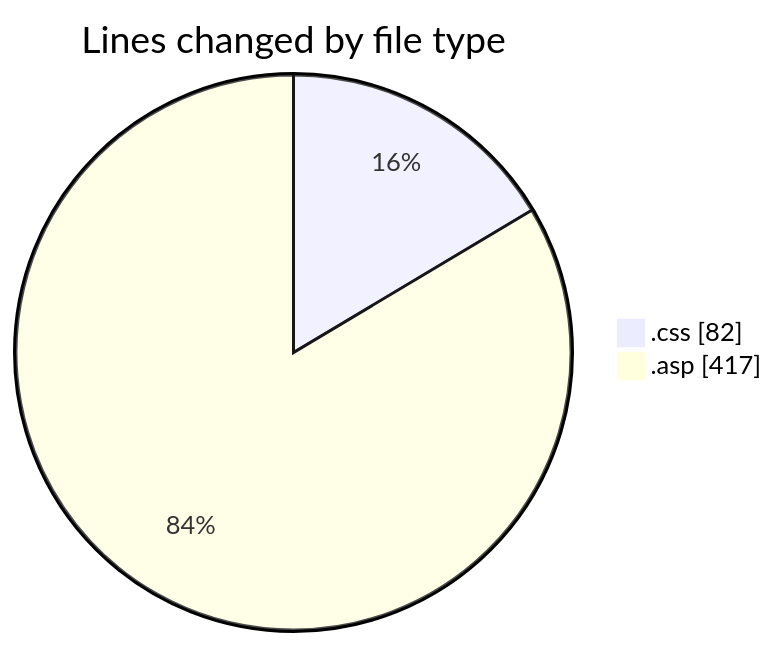
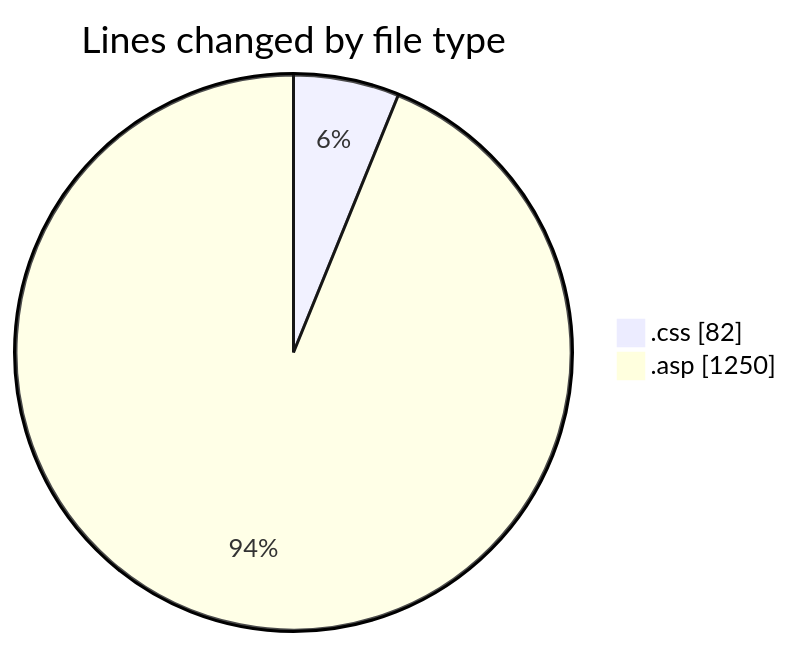
The first of 2 diagrams in 2025-11-16/cdp_aleoudev_fr__workspace_/README.md (julien-gomy/code-tracking), drawn with Mermaid before and after one commit. The commit also changed other lines of this file and 1 other file, not shown here.

````diff
--- a/2025-11-16/cdp_aleoudev_fr__workspace_/README.md
+++ b/2025-11-16/cdp_aleoudev_fr__workspace_/README.md
@@ -23,6 +24,6 @@
 ```mermaid
 pie showData
 title Lines changed by file type
 ".css" : 82
-".asp" : 417
+".asp" : 1250
 ```
````
